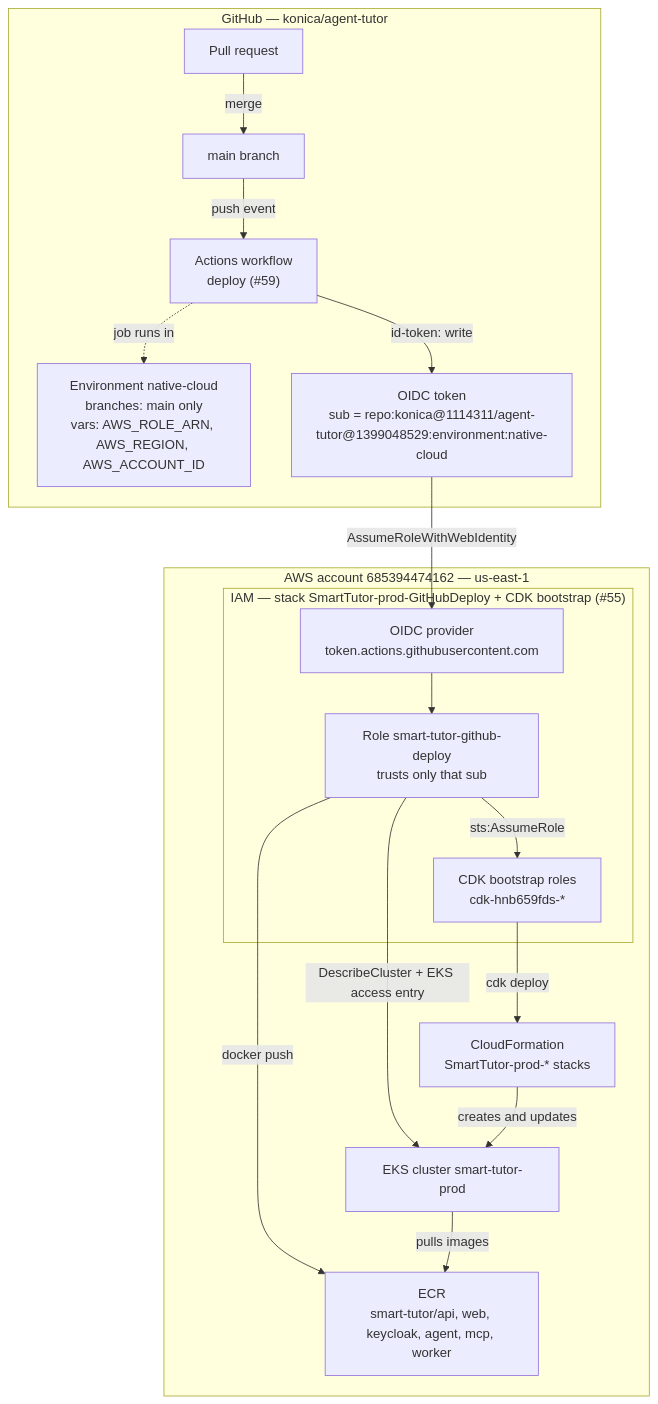
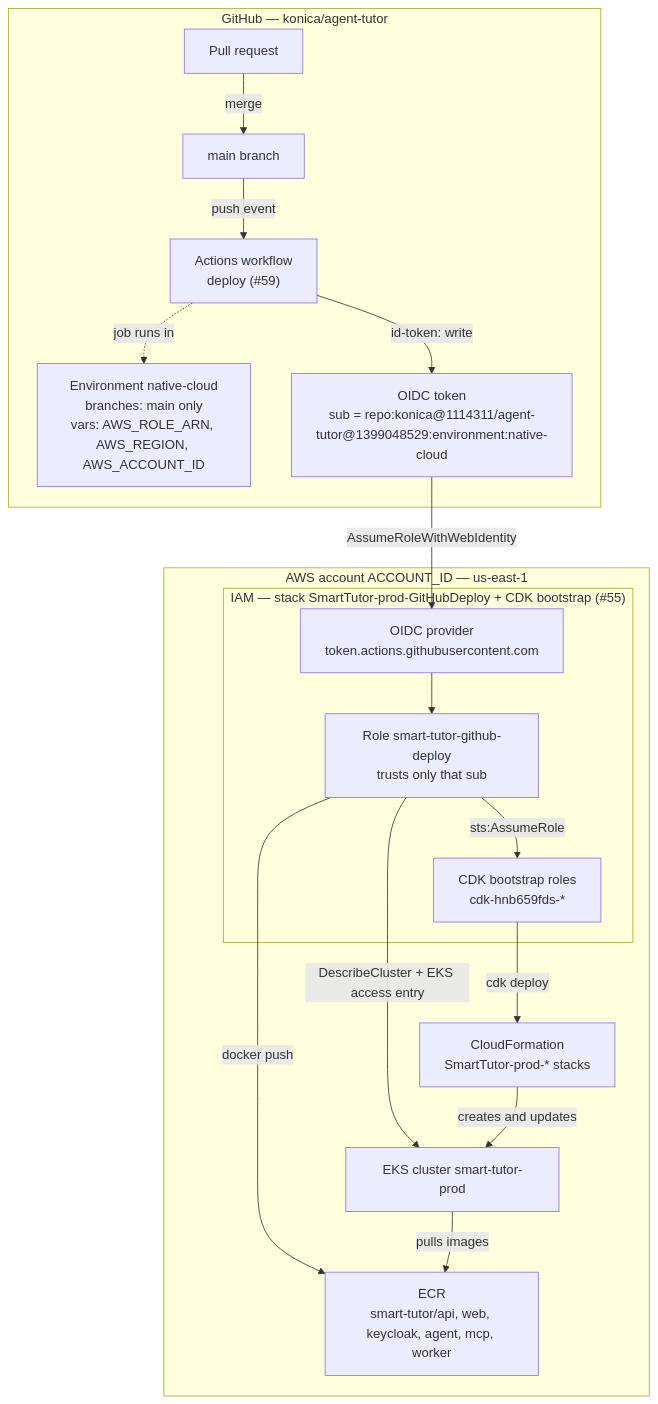
Before and after one commit to konica/agent-tutor: the first of 5 diagrams in docs/runbooks/pilot-environment-overview.md, drawn with Mermaid. The commit also changed 9 other files, not shown here.

First line of the commit message:
Keep the AWS account id out of the repository

````diff
--- a/docs/runbooks/pilot-environment-overview.md
+++ b/docs/runbooks/pilot-environment-overview.md
@@ -11,27 +11,27 @@
 ```mermaid
 flowchart TB
   subgraph GH["GitHub — konica/agent-tutor"]
     PR["Pull request"] -->|merge| MAIN["main branch"]
     MAIN -->|push event| WF["Actions workflow<br/>deploy (#59)"]
     WF -.->|"job runs in"| ENV["Environment native-cloud<br/>branches: main only<br/>vars: AWS_ROLE_ARN, AWS_REGION, AWS_ACCOUNT_ID"]
     WF -->|"id-token: write"| TOK["OIDC token<br/>sub = repo:konica@1114311/agent-tutor@1399048529:environment:native-cloud"]
   end
 
-  subgraph AWS["AWS account 685394474162 — us-east-1"]
+  subgraph AWS["AWS account ACCOUNT_ID — us-east-1"]
     subgraph IAM["IAM — stack SmartTutor-prod-GitHubDeploy + CDK bootstrap (#55)"]
       OIDC["OIDC provider<br/>token.actions.githubusercontent.com"]
       ROLE["Role smart-tutor-github-deploy<br/>trusts only that sub"]
       CDKR["CDK bootstrap roles<br/>cdk-hnb659fds-*"]
     end
     CFN["CloudFormation<br/>SmartTutor-prod-* stacks"]
     ECR["ECR<br/>smart-tutor/api, web, keycloak, agent, mcp, worker"]
     EKS["EKS cluster smart-tutor-prod"]
   end
 
   TOK -->|"AssumeRoleWithWebIdentity"| OIDC --> ROLE
   ROLE -->|"sts:AssumeRole"| CDKR -->|"cdk deploy"| CFN
   ROLE -->|"docker push"| ECR
   ROLE -->|"DescribeCluster + EKS access entry"| EKS
   CFN -->|creates and updates| EKS
   EKS -->|pulls images| ECR
 ```
````
